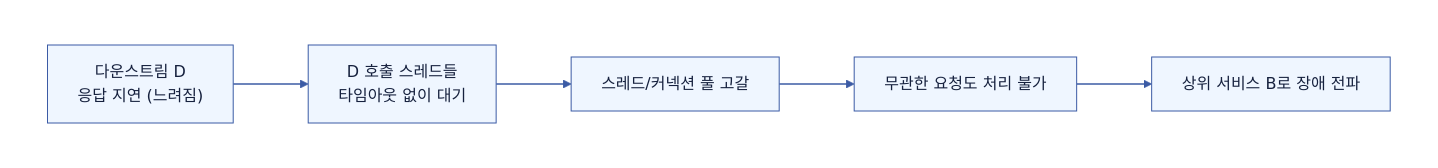
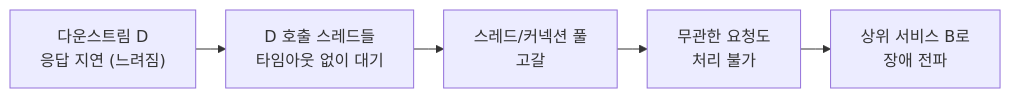
One commit to Hyune-s-lab/my-ai-study changed the second of 5 diagrams in computer-science/2606-모의면접-timeout.md. Above: the diagram before and after it, drawn with Mermaid. The commit also changed other lines of this file and 49 other files, not shown here.

Commit message:
docs: 단순 다이어그램은 Mermaid로, 복잡한 배치는 SVG로 정리

````diff
--- a/computer-science/2606-모의면접-timeout.md
+++ b/computer-science/2606-모의면접-timeout.md
@@ -108,25 +95,13 @@
 ```mermaid
 flowchart LR
-%%{init: {"theme": "base", "darkMode": false, "themeVariables": {"background": "#ffffff", "primaryColor": "#EFF6FF", "primaryTextColor": "#16213E", "primaryBorderColor": "#3B5BA5", "secondaryColor": "#F0FDF4", "tertiaryColor": "#FAF5FF", "lineColor": "#3B5BA5", "textColor": "#16213E", "edgeLabelBackground": "#ffffff", "clusterBkg": "#F8FAFC", "clusterBorder": "#CBD5E1"}}}%%
-  subgraph canvas[" "]
-    direction LR
-  
-    downD["다운스트림 D<br/>응답 지연 (느려짐)"]
-    wait["D 호출 스레드들<br/>타임아웃 없이 대기"]
-    exhaust["스레드/커넥션 풀 고갈"]
-    block["무관한 요청도 처리 불가"]
-    propagate["상위 서비스 B로 장애 전파"]
-  
-    downD --> wait
-    wait --> exhaust
-    exhaust --> block
-    block --> propagate
-  end
-  style canvas fill:#ffffff,stroke:#ffffff,color:#111827
-  linkStyle default stroke:#3B5BA5,stroke-width:1.5px
-  classDef app fill:#EFF6FF,stroke:#3B5BA5,stroke-width:1px,color:#16213E
-  class downD,wait,exhaust,block,propagate app
-  classDef db fill:#F0FDF4,stroke:#3F8E55,stroke-width:1px,color:#16213E
-  classDef policy fill:#FAF5FF,stroke:#A855F7,stroke-width:1px,color:#16213E
-  classDef worker fill:#FFF7ED,stroke:#C98A2B,stroke-width:1px,color:#16213E
+%%{init: {"flowchart": {"curve": "stepAfter", "wrappingWidth": 400, "rankSpacing": 30}}}%%
+  n_downD["다운스트림 D<br/>응답 지연 (느려짐)"]
+  n_wait["D 호출 스레드들<br/>타임아웃 없이 대기"]
+  n_exhaust["스레드/커넥션 풀<br/>고갈"]
+  n_block["무관한 요청도<br/>처리 불가"]
+  n_propagate["상위 서비스 B로<br/>장애 전파"]
+  n_downD --> n_wait
+  n_wait --> n_exhaust
+  n_exhaust --> n_block
+  n_block --> n_propagate
 ```
````
